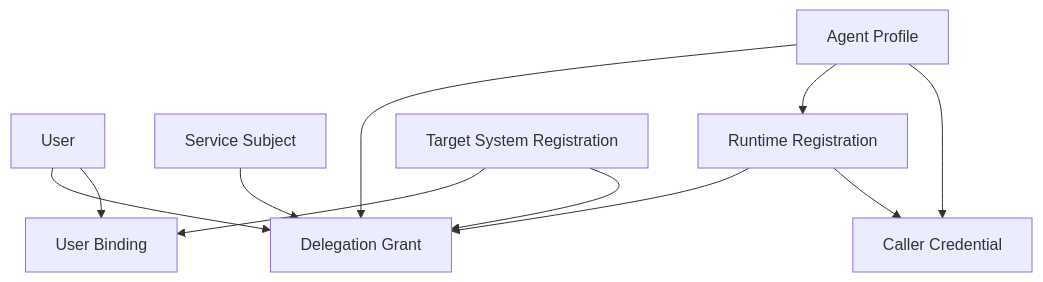
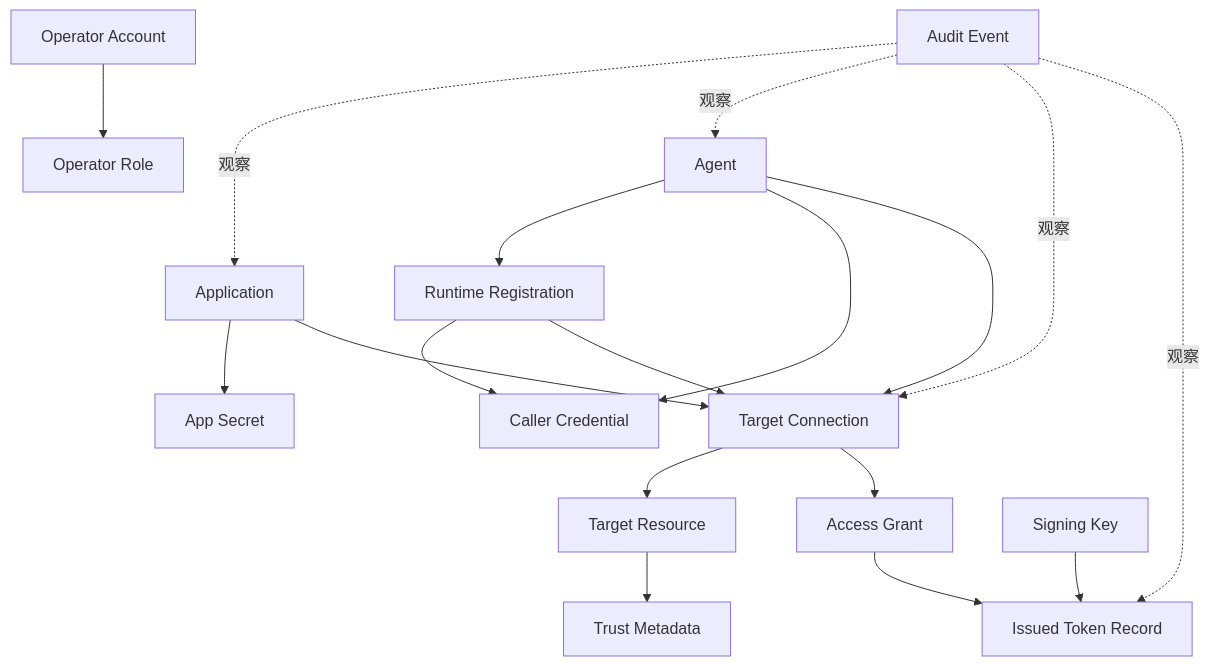
One commit to renxqoo/Authany changed the diagram in specs/02-DOMAIN-MODEL.md. Above: the diagram before and after it, drawn with Mermaid. The commit also changed other lines of this file and 310 other files, not shown here.

Commit message:
feat: harden security flows and reorganize example apps

````diff
--- a/specs/02-DOMAIN-MODEL.md
+++ b/specs/02-DOMAIN-MODEL.md
@@ -19,13 +9,20 @@
 ```mermaid
 flowchart TD
-    USER["User"] --> BIND["User Binding"]
-    USER --> GRANT["Delegation Grant"]
-    SERVICE["Service Subject"] --> GRANT
-    AGENT["Agent Profile"] --> CRED["Caller Credential"]
-    AGENT --> RUNTIME["Runtime Registration"]
-    RUNTIME --> CRED
-    RUNTIME --> GRANT
-    AGENT --> GRANT
-    TARGET["Target System Registration"] --> GRANT
-    TARGET --> BIND
+    OP["Operator Account"] --> ROLE["Operator Role"]
+    APP["Application"] --> APP_SECRET["App Secret"]
+    AG["Agent"] --> RT["Runtime Registration"]
+    AG --> CRED["Caller Credential"]
+    RT --> CRED
+    TS["Target Resource"] --> TRUST["Trust Metadata"]
+    APP --> CONN["Target Connection"]
+    AG --> CONN
+    RT --> CONN
+    CONN --> TS
+    CONN --> GRANT["Access Grant"]
+    GRANT --> TOKEN["Issued Token Record"]
+    KEY["Signing Key"] --> TOKEN
+    AUDIT["Audit Event"] -. "观察" .-> APP
+    AUDIT -. "观察" .-> AG
+    AUDIT -. "观察" .-> CONN
+    AUDIT -. "观察" .-> TOKEN
 ```
````
